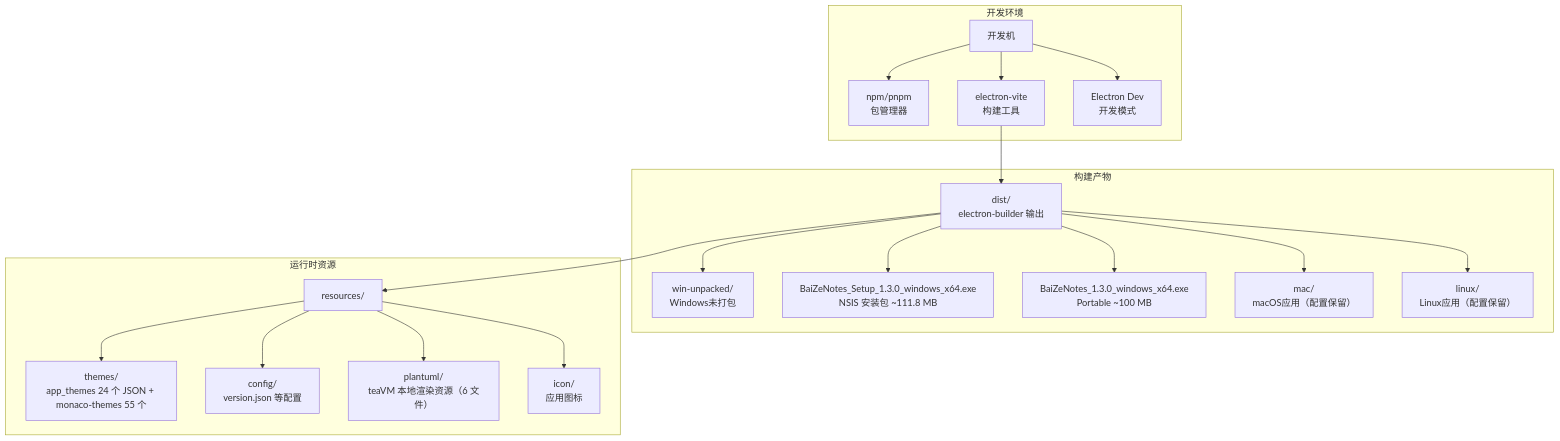
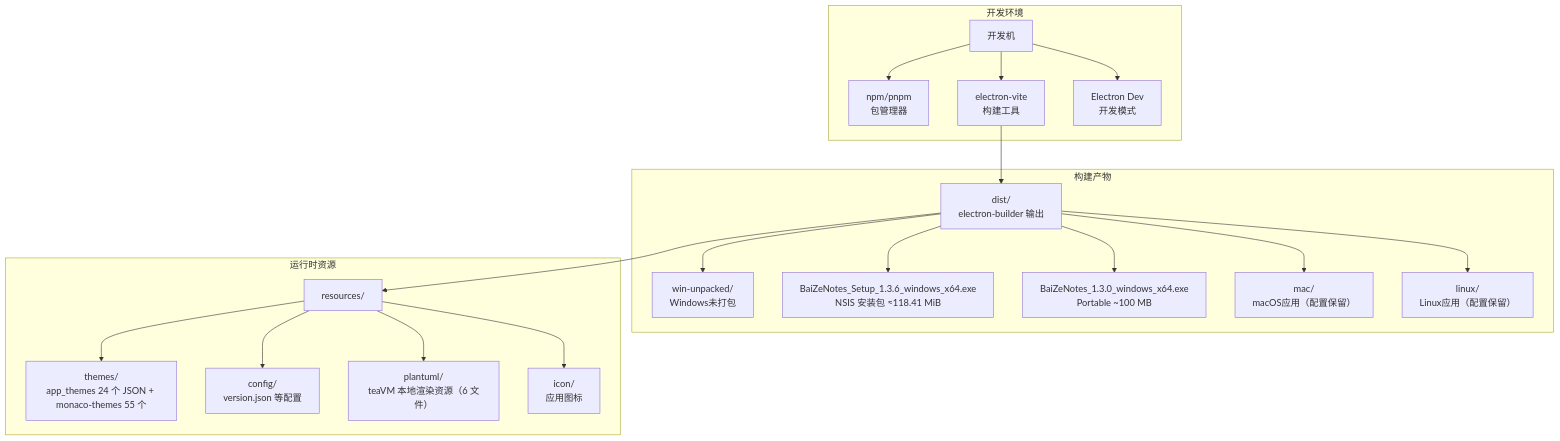
Before and after one commit to hemy08/BaiZeNotesByVue: the ninth of 34 diagrams in docs/wiki/02-设计与架构/架构文档.md, drawn with Mermaid. The commit also changed other lines of this file and 18 other files, not shown here.

````diff
--- a/docs/wiki/02-设计与架构/架构文档.md
+++ b/docs/wiki/02-设计与架构/架构文档.md
@@ -447,29 +447,29 @@
 ```mermaid
 graph TB
     subgraph 开发环境
         DEV[开发机]
         DEV --> NPM[npm/pnpm<br/>包管理器]
         DEV --> VITE[electron-vite<br/>构建工具]
         DEV --> ELECTRON_DEV[Electron Dev<br/>开发模式]
     end
     
     subgraph 构建产物
         DIST[dist/<br/>electron-builder 输出]
         DIST --> WIN[win-unpacked/<br/>Windows未打包]
-        DIST --> INSTALLER[BaiZeNotes_Setup_1.3.0_windows_x64.exe<br/>NSIS 安装包 ~111.8 MB]
+        DIST --> INSTALLER[BaiZeNotes_Setup_1.3.6_windows_x64.exe<br/>NSIS 安装包 ≈118.41 MiB]
         DIST --> PORTABLE[BaiZeNotes_1.3.0_windows_x64.exe<br/>Portable ~100 MB]
         DIST --> MAC[mac/<br/>macOS应用（配置保留）]
         DIST --> LINUX[linux/<br/>Linux应用（配置保留）]
     end
     
     subgraph 运行时资源
         RESOURCES[resources/]
         RESOURCES --> THEMES[themes/<br/>app_themes 24 个 JSON + monaco-themes 55 个]
         RESOURCES --> CONFIG[config/<br/>version.json 等配置]
         RESOURCES --> PLANTUML[plantuml/<br/>teaVM 本地渲染资源（6 文件）]
         RESOURCES --> ICON[icon/<br/>应用图标]
     end
     
     VITE --> DIST
     DIST --> RESOURCES
 ```
````
